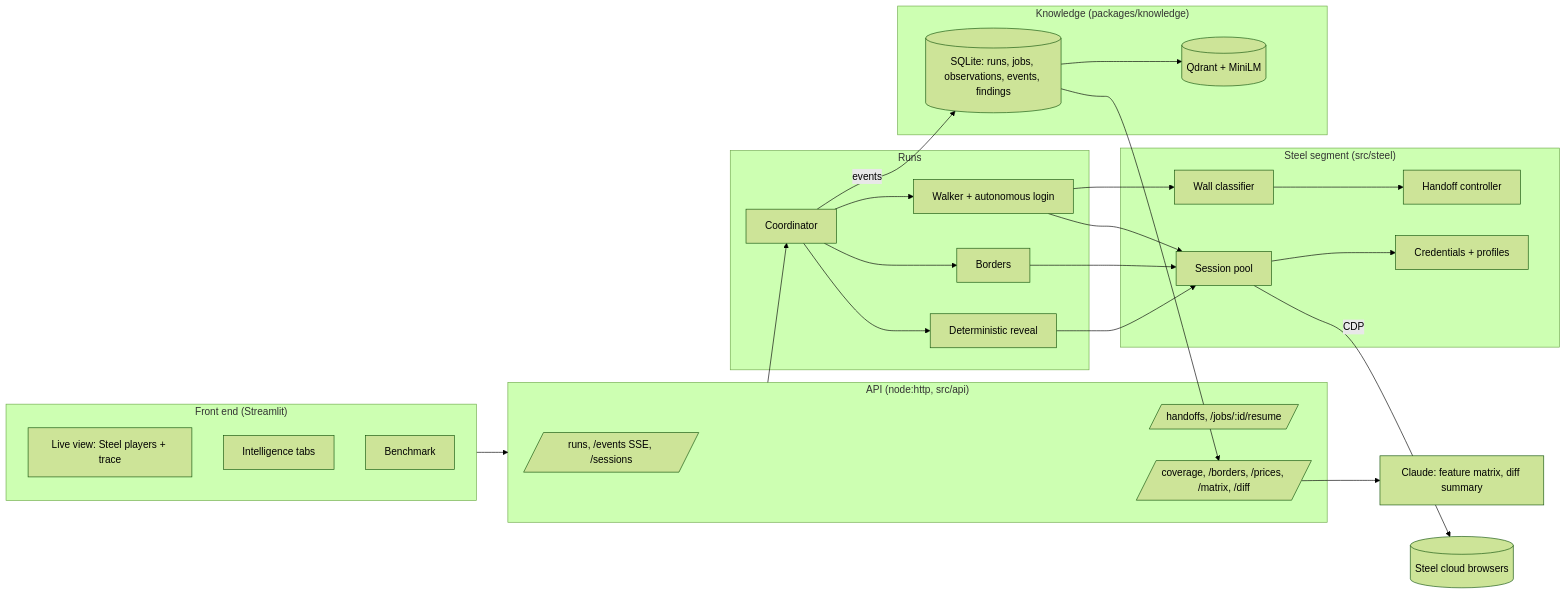
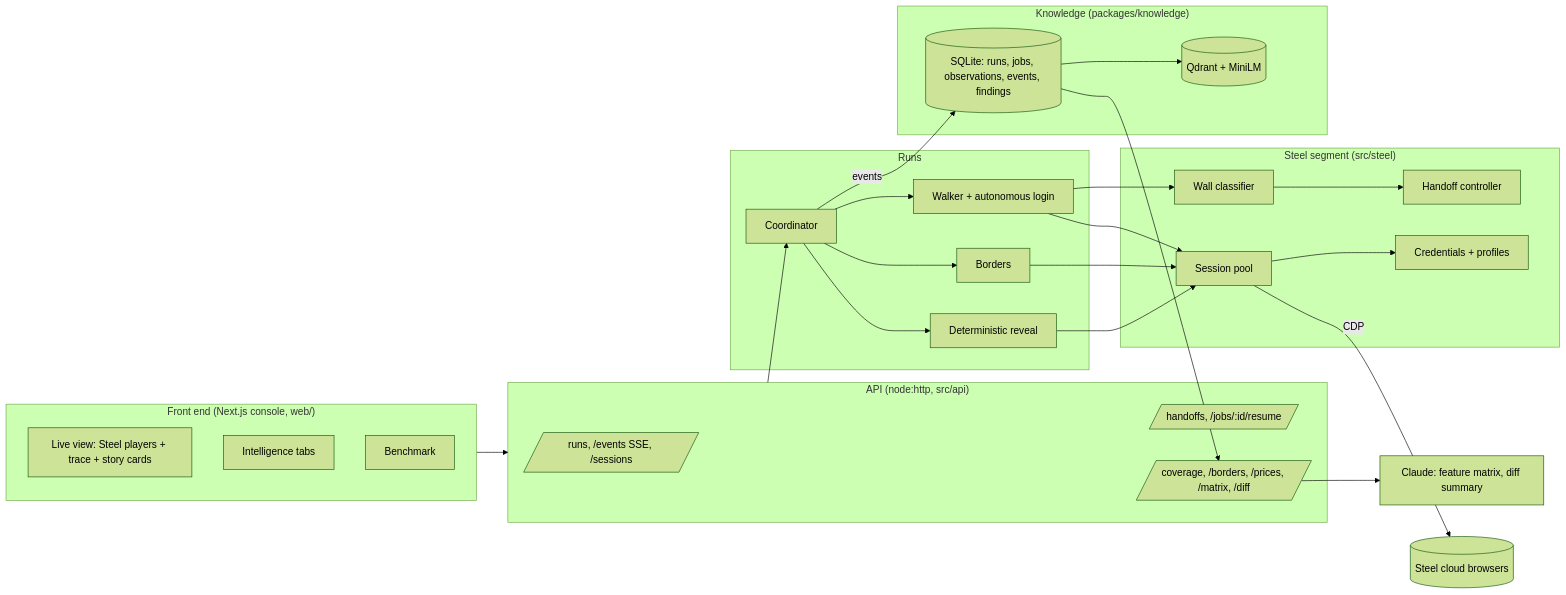
The diagram in README.md (MightyTMZ/deepspy), drawn with Mermaid (forest theme) before and after one commit. The commit also changed other lines of this file and 6 other files, not shown here.

Commit message:
fahad: README images from the web console (live Steel players, story cards, Countries tab, benchmark), front end text moved to Next.js, Vercel-ready static export with vercel.json

````diff
--- a/README.md
+++ b/README.md
@@ -117,41 +124,41 @@
 ```mermaid
 flowchart LR
-  subgraph Front["Front end (Streamlit)"]
-    LV[Live view: Steel players + trace]
+  subgraph Front["Front end (Next.js console, web/)"]
+    LV[Live view: Steel players + trace + story cards]
     INT[Intelligence tabs]
     BM[Benchmark]
   end
   subgraph API["API (node:http, src/api)"]
     R[/runs, /events SSE, /sessions/]
     HITL[/handoffs, /jobs/:id/resume/]
     I[/coverage, /borders, /prices, /matrix, /diff/]
   end
   subgraph Core["Runs"]
     C[Coordinator]
     REV[Deterministic reveal]
     BOR[Borders]
     WLK[Walker + autonomous login]
   end
   subgraph SteelSeg["Steel segment (src/steel)"]
     POOL[Session pool]
     WALL[Wall classifier]
     HO[Handoff controller]
     CRED[Credentials + profiles]
   end
   subgraph Know["Knowledge (packages/knowledge)"]
     DB[(SQLite: runs, jobs, observations, events, findings)]
     Q[(Qdrant + MiniLM)]
   end
   EXT[Claude: feature matrix, diff summary]
   Front --> API
   API --> C
   C --> REV & BOR & WLK
   REV & BOR & WLK --> POOL
   WLK --> WALL --> HO
   POOL --> CRED
   POOL -->|CDP| STEEL[(Steel cloud browsers)]
   C -->|events| DB
   DB --> I
   I --> EXT
   DB --> Q
 ```
````
